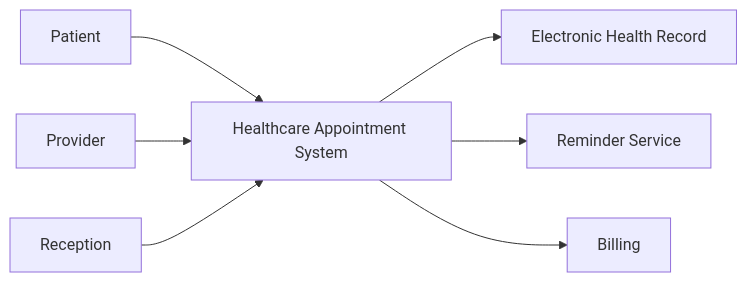
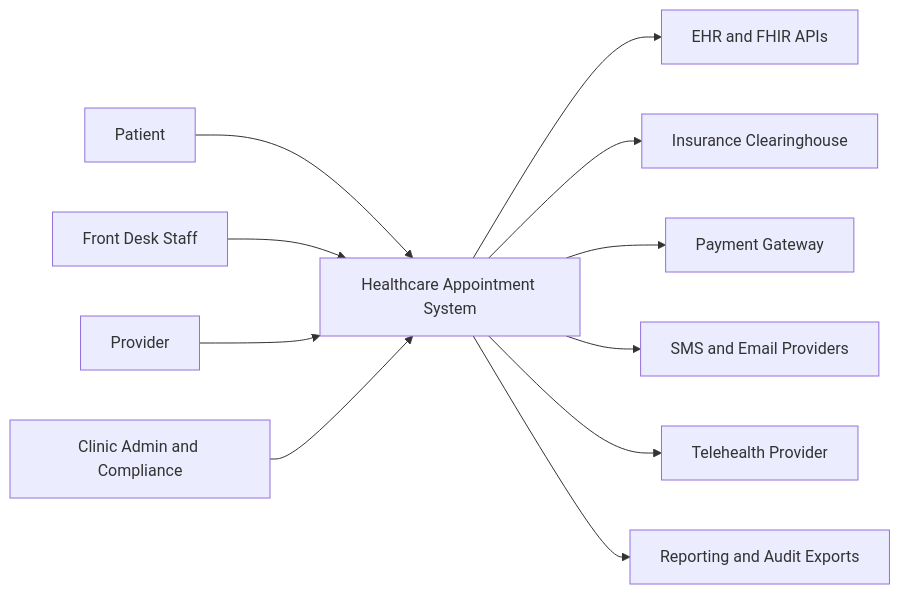
One commit to 0Ankit0/Project-Ideas changed the diagram in Healthcare Appointment System/analysis/system-context-diagram.md. Above: the diagram before and after it, drawn with Mermaid. The commit also changed other lines of this file and 18 other files, not shown here.

Commit message:
Update Healthcare Appointment System: analysis, design, edge cases, HLD, and requirements docs

````diff
--- a/Healthcare Appointment System/analysis/system-context-diagram.md
+++ b/Healthcare Appointment System/analysis/system-context-diagram.md
@@ -3,9 +6,13 @@
 ```mermaid
 flowchart LR
-  Patient --> HAS[Healthcare Appointment System]
-  Provider --> HAS
-  Reception --> HAS
-  HAS --> EHR[Electronic Health Record]
-  HAS --> SMS[Reminder Service]
-  HAS --> Billing
+  Patient[Patient] --> HAS[Healthcare Appointment System]
+  FrontDesk[Front Desk Staff] --> HAS
+  Provider[Provider] --> HAS
+  Admin[Clinic Admin and Compliance] --> HAS
+  HAS --> EHR[EHR and FHIR APIs]
+  HAS --> Clearinghouse[Insurance Clearinghouse]
+  HAS --> Payments[Payment Gateway]
+  HAS --> Messaging[SMS and Email Providers]
+  HAS --> Video[Telehealth Provider]
+  HAS --> BI[Reporting and Audit Exports]
 ```
````
